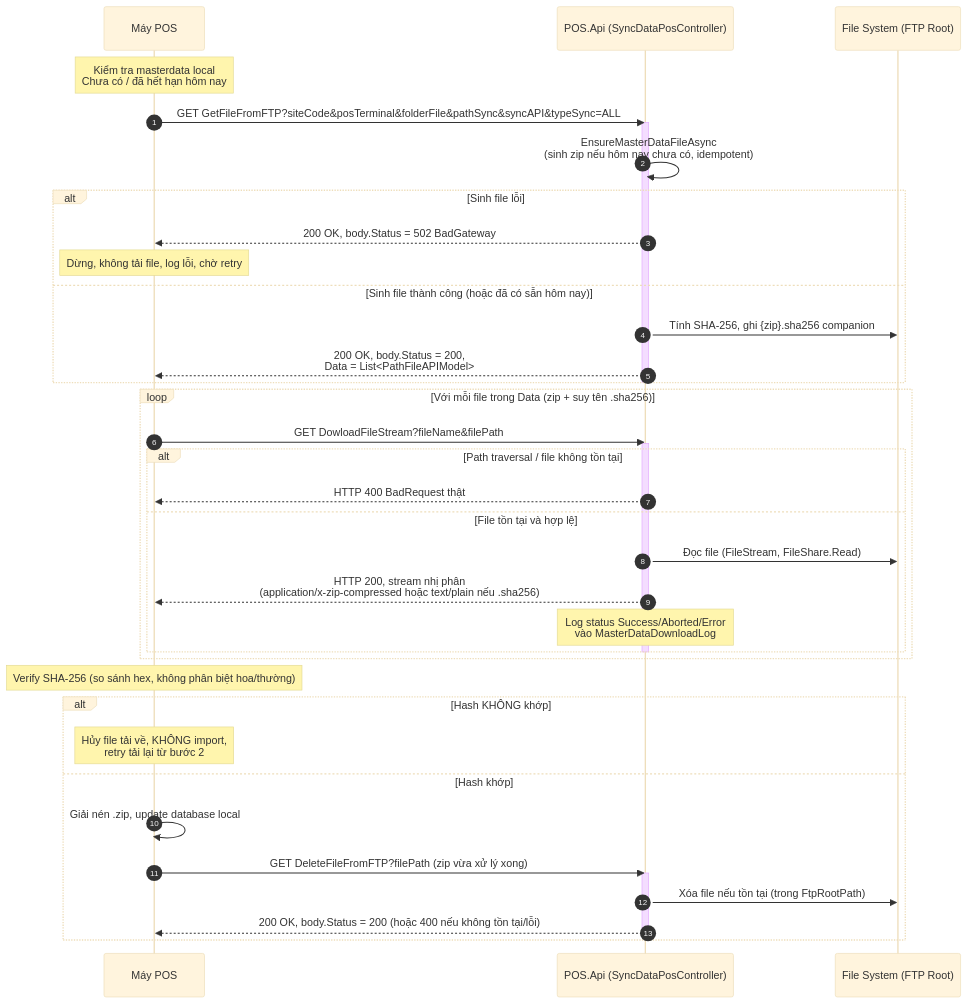
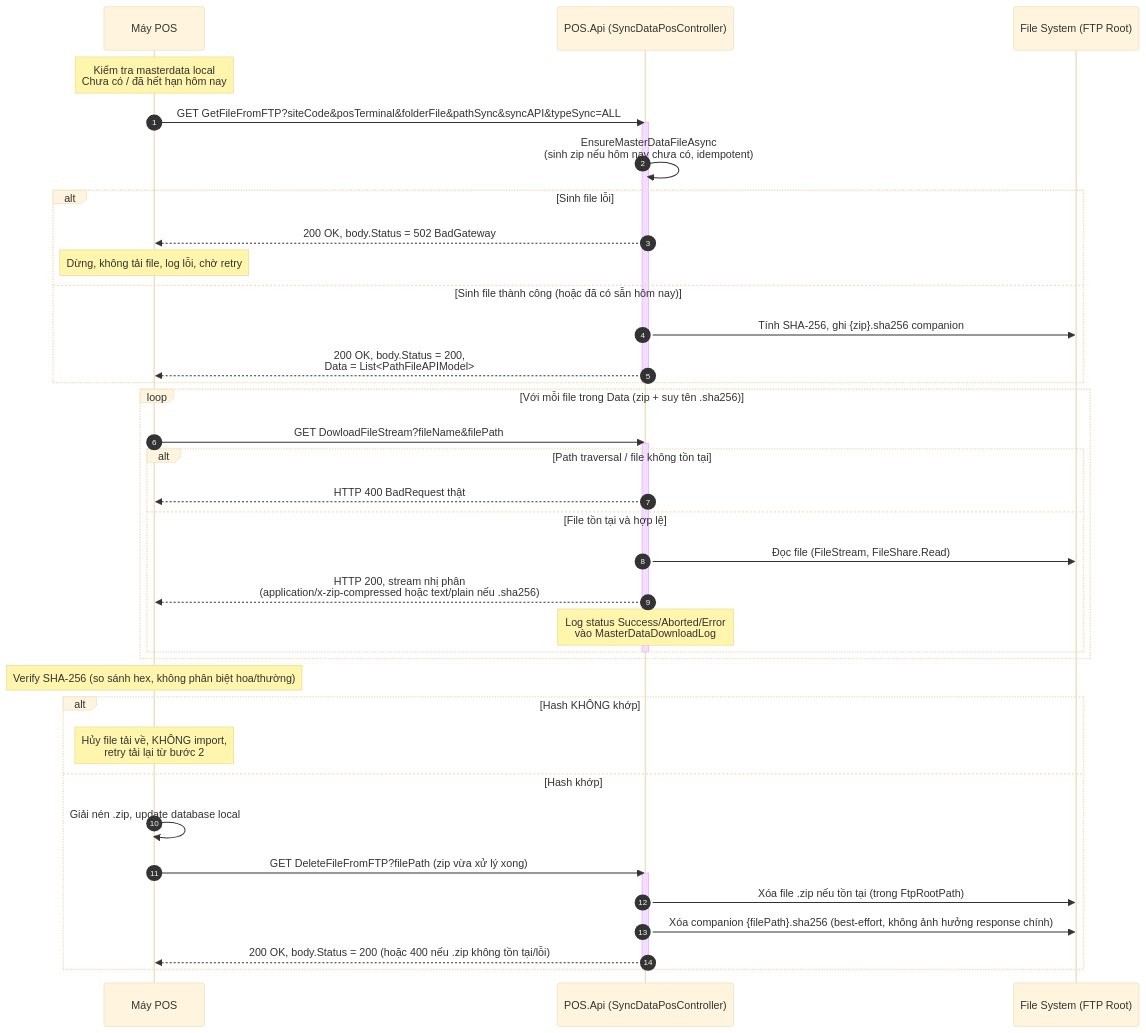
One commit to minnb/POS_Migration changed the diagram in docs/api/Masterdata_Sync_Flow.md. Above: the diagram before and after it, drawn with Mermaid (base theme). The commit also changed other lines of this file and 31 other files, not shown here.

````diff
--- a/docs/api/Masterdata_Sync_Flow.md
+++ b/docs/api/Masterdata_Sync_Flow.md
@@ -51,46 +52,47 @@
 ```mermaid
 sequenceDiagram
     autonumber
     participant POS as Máy POS
     participant API as POS.Api (SyncDataPosController)
     participant FS as File System (FTP Root)
 
     Note over POS: Kiểm tra masterdata local<br/>Chưa có / đã hết hạn hôm nay
 
     POS->>API: GET GetFileFromFTP?siteCode&posTerminal&folderFile&pathSync&syncAPI&typeSync=ALL
     activate API
     API->>API: EnsureMasterDataFileAsync<br/>(sinh zip nếu hôm nay chưa có, idempotent)
     alt Sinh file lỗi
         API-->>POS: 200 OK, body.Status = 502 BadGateway
         Note over POS: Dừng, không tải file, log lỗi, chờ retry
     else Sinh file thành công (hoặc đã có sẵn hôm nay)
         API->>FS: Tính SHA-256, ghi {zip}.sha256 companion
         API-->>POS: 200 OK, body.Status = 200,<br/>Data = List<PathFileAPIModel>
     end
     deactivate API
 
     loop Với mỗi file trong Data (zip + suy tên .sha256)
         POS->>API: GET DowloadFileStream?fileName&filePath
         activate API
         alt Path traversal / file không tồn tại
             API-->>POS: HTTP 400 BadRequest thật
         else File tồn tại và hợp lệ
             API->>FS: Đọc file (FileStream, FileShare.Read)
             API-->>POS: HTTP 200, stream nhị phân<br/>(application/x-zip-compressed hoặc text/plain nếu .sha256)
             Note over API: Log status Success/Aborted/Error<br/>vào MasterDataDownloadLog
         end
         deactivate API
     end
 
     Note over POS: Verify SHA-256 (so sánh hex, không phân biệt hoa/thường)
     alt Hash KHÔNG khớp
         Note over POS: Hủy file tải về, KHÔNG import,<br/>retry tải lại từ bước 2
     else Hash khớp
         POS->>POS: Giải nén .zip, update database local
         POS->>API: GET DeleteFileFromFTP?filePath (zip vừa xử lý xong)
         activate API
-        API->>FS: Xóa file nếu tồn tại (trong FtpRootPath)
-        API-->>POS: 200 OK, body.Status = 200 (hoặc 400 nếu không tồn tại/lỗi)
+        API->>FS: Xóa file .zip nếu tồn tại (trong FtpRootPath)
+        API->>FS: Xóa companion {filePath}.sha256 (best-effort, không ảnh hưởng response chính)
+        API-->>POS: 200 OK, body.Status = 200 (hoặc 400 nếu .zip không tồn tại/lỗi)
         deactivate API
     end
 ```
````
